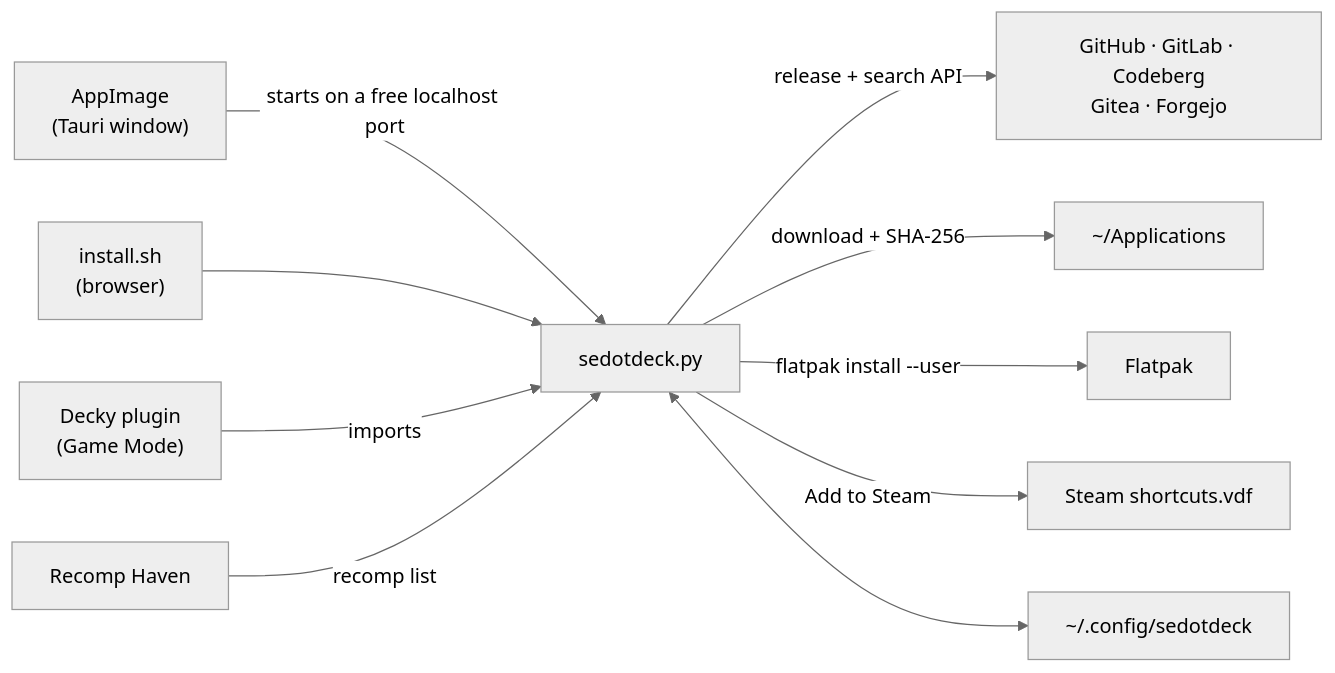
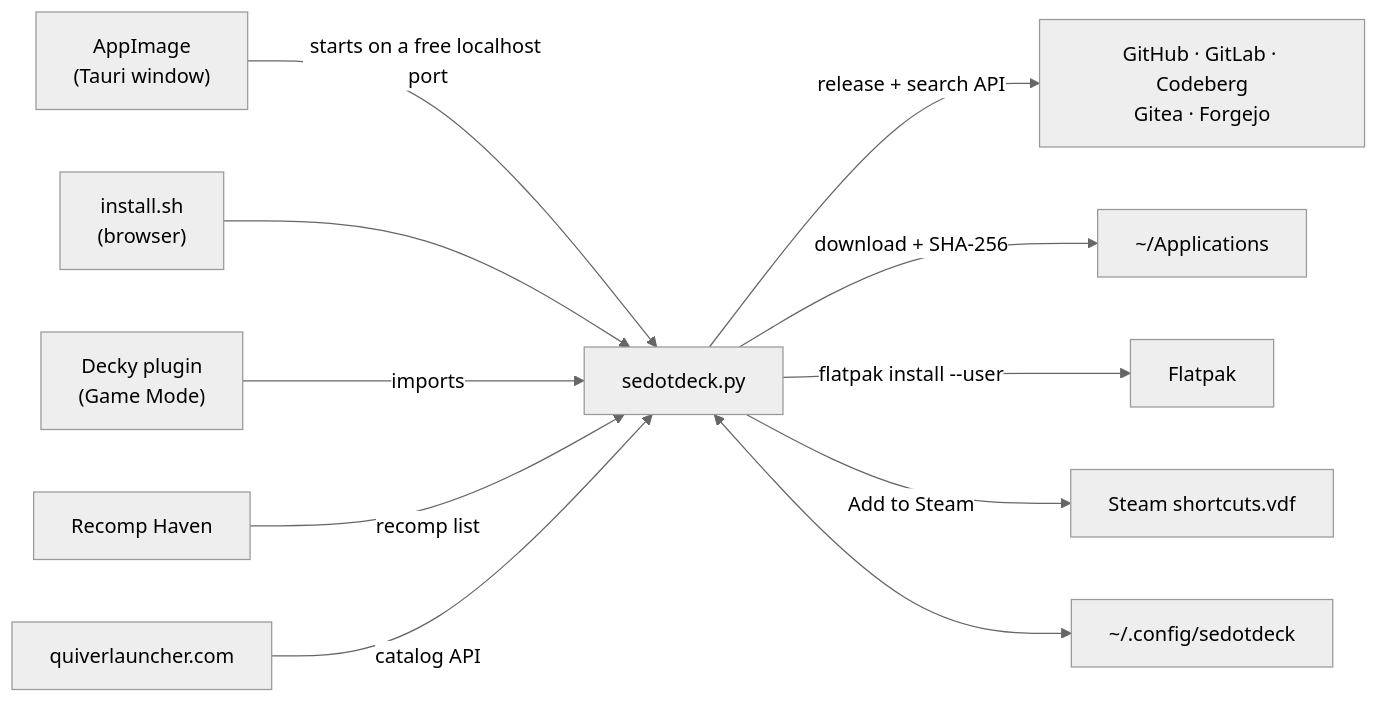
Before and after one commit to intermission88/SedotDeck: the diagram in README.md, drawn with Mermaid (neutral theme). The commit also changed other lines of this file and 2 other files, not shown here.

````diff
--- a/README.md
+++ b/README.md
@@ -225,12 +236,13 @@
 ```mermaid
 flowchart LR
   A["AppImage<br/>(Tauri window)"] -- "starts on a free localhost port" --> P["sedotdeck.py"]
   S["install.sh<br/>(browser)"] --> P
   D["Decky plugin<br/>(Game Mode)"] -- "imports" --> P
   P -- "release + search API" --> F["GitHub · GitLab · Codeberg<br/>Gitea · Forgejo"]
   P -- "download + SHA-256" --> L["~/Applications"]
   P -- "flatpak install --user" --> K["Flatpak"]
   P -- "Add to Steam" --> V["Steam shortcuts.vdf"]
   R["Recomp Haven"] -- "recomp list" --> P
+  Q["quiverlauncher.com"] -- "catalog API" --> P
   P <--> C["~/.config/sedotdeck"]
 ```
````
